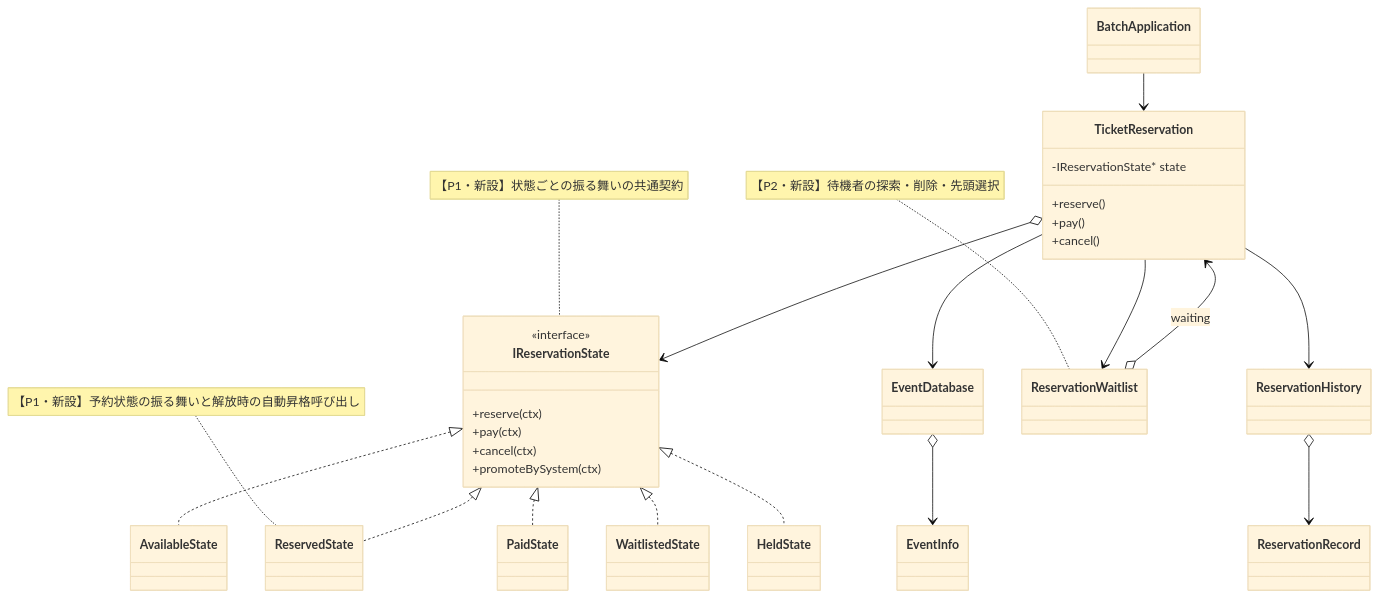
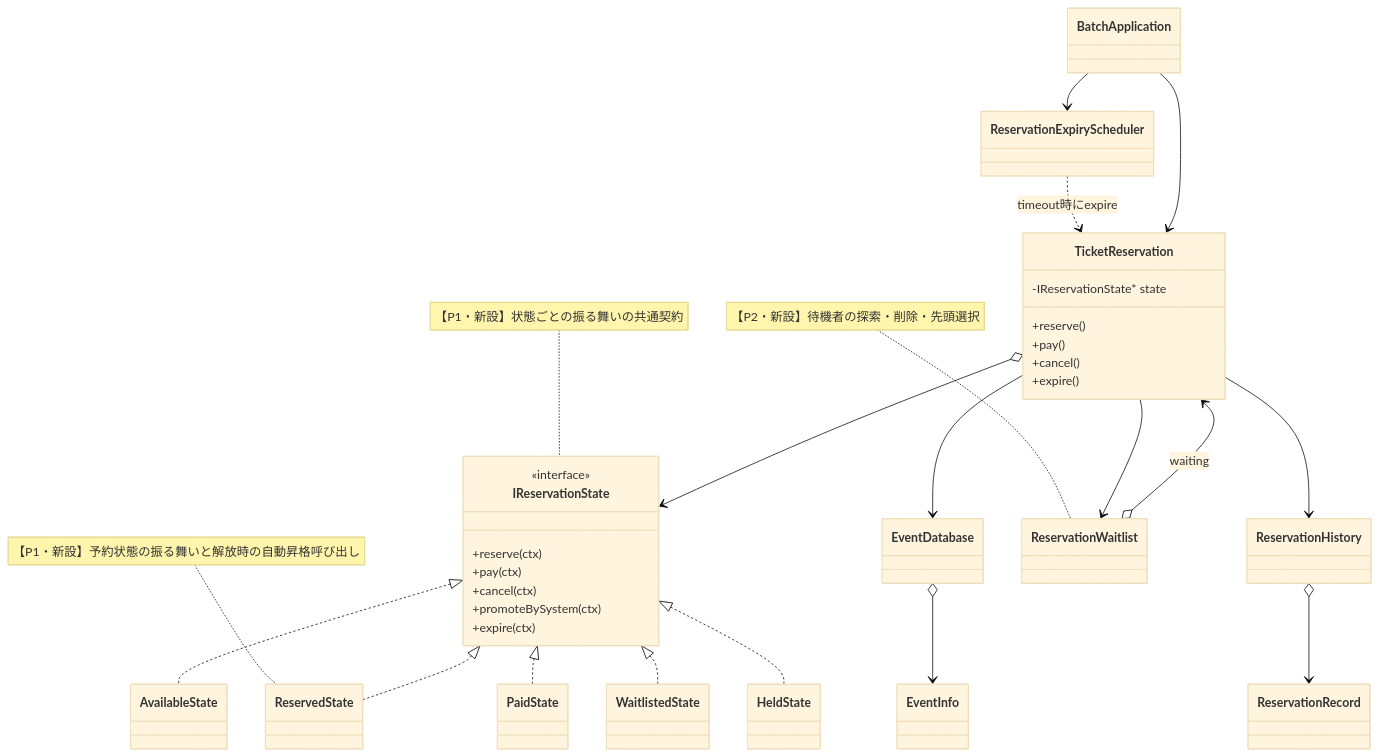
Before and after one commit to kumachan1101-pixel/DesignPattern: diagram 11 of 18 in kindle/design-patterns/output/chapter03.md, drawn with Mermaid (base theme). The commit also changed other lines of this file and 18 other files, not shown here.

````diff
--- a/kindle/design-patterns/output/chapter03.md
+++ b/kindle/design-patterns/output/chapter03.md
@@ -1174,47 +1174,52 @@
 ```mermaid
 classDiagram
     class TicketReservation {
         -IReservationState* state
         +reserve()
         +pay()
         +cancel()
+        +expire()
     }
     class IReservationState {
         <<interface>>
         +reserve(ctx)
         +pay(ctx)
         +cancel(ctx)
         +promoteBySystem(ctx)
+        +expire(ctx)
     }
     class EventInfo
     class ReservationRecord
     class EventDatabase
     class ReservationHistory
     class ReservationWaitlist
     class AvailableState
     class ReservedState
     class PaidState
     class WaitlistedState
     class HeldState
+    class ReservationExpiryScheduler
     class BatchApplication
     TicketReservation o--> IReservationState
     TicketReservation --> EventDatabase
     TicketReservation --> ReservationHistory
     TicketReservation --> ReservationWaitlist
     ReservationWaitlist o--> TicketReservation : waiting
     EventDatabase o--> EventInfo
     ReservationHistory o--> ReservationRecord
     IReservationState <|.. AvailableState
     IReservationState <|.. ReservedState
     IReservationState <|.. PaidState
     IReservationState <|.. WaitlistedState
     IReservationState <|.. HeldState
+    ReservationExpiryScheduler ..> TicketReservation : timeout時にexpire
     BatchApplication --> TicketReservation
+    BatchApplication --> ReservationExpiryScheduler
 
     note for IReservationState "【P1・新設】状態ごとの振る舞いの共通契約"
     note for ReservedState "【P1・新設】予約状態の振る舞いと解放時の自動昇格呼び出し"
     note for ReservationWaitlist "【P2・新設】待機者の探索・削除・先頭選択"
 
     classDef focus fill:#FFF2CC,stroke:#D6B656,stroke-width:2px,color:#222222
-    cssClass "IReservationState,AvailableState,ReservedState,PaidState,WaitlistedState,HeldState,ReservationWaitlist" focus
+    cssClass "IReservationState,AvailableState,ReservedState,PaidState,WaitlistedState,HeldState,ReservationWaitlist,ReservationExpiryScheduler" focus
 ```
````
